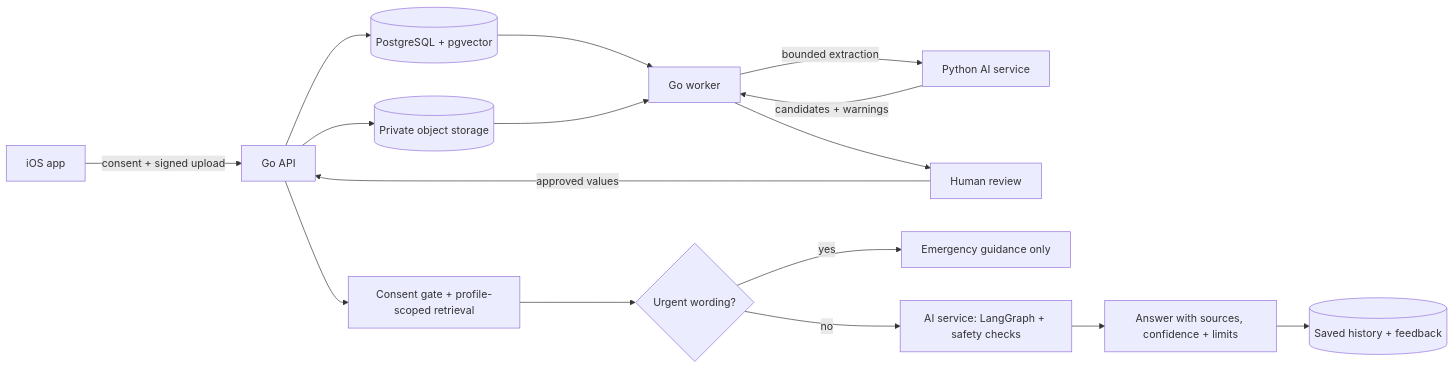
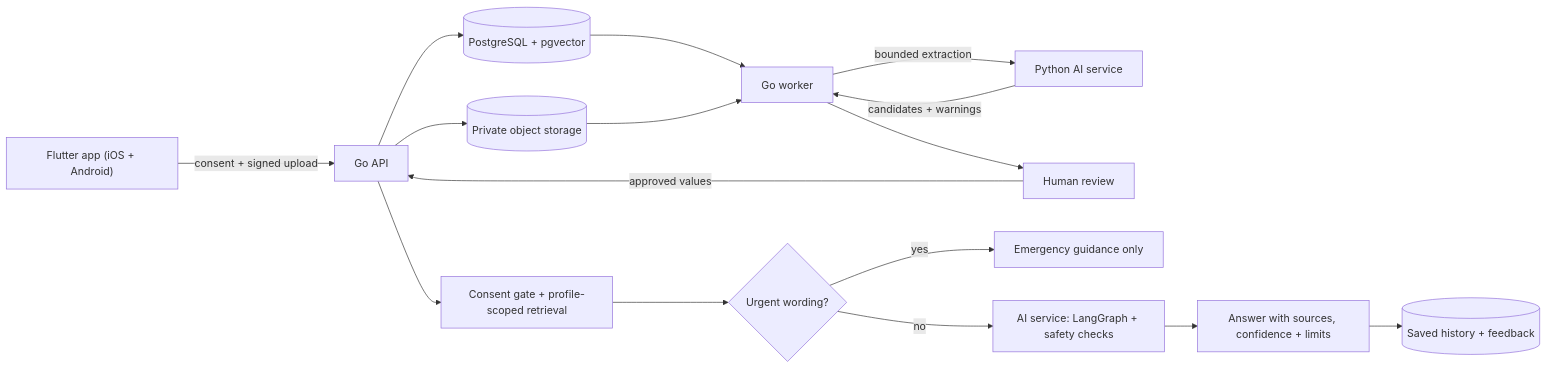
The diagram in README.md (sahil0017/HealthAgentApp), drawn with Mermaid before and after one commit. The commit also changed other lines of this file and 70 other files, not shown here.

````diff
--- a/README.md
+++ b/README.md
@@ -44,18 +26,18 @@
 ```mermaid
 flowchart LR
-    A["iOS app"] -->|"consent + signed upload"| B["Go API"]
+    A["Flutter app (iOS + Android)"] -->|"consent + signed upload"| B["Go API"]
     B --> C[("PostgreSQL + pgvector")]
     B --> D[("Private object storage")]
     C --> E["Go worker"]
     D --> E
     E -->|"bounded extraction"| F["Python AI service"]
     F -->|"candidates + warnings"| E
     E --> G["Human review"]
     G -->|"approved values"| B
     B --> H["Consent gate + profile-scoped retrieval"]
     H --> T{"Urgent wording?"}
     T -->|"yes"| U["Emergency guidance only"]
     T -->|"no"| F2["AI service: LangGraph + safety checks"]
     F2 --> I["Answer with sources, confidence + limits"]
     I --> J[("Saved history + feedback")]
 ```
````
